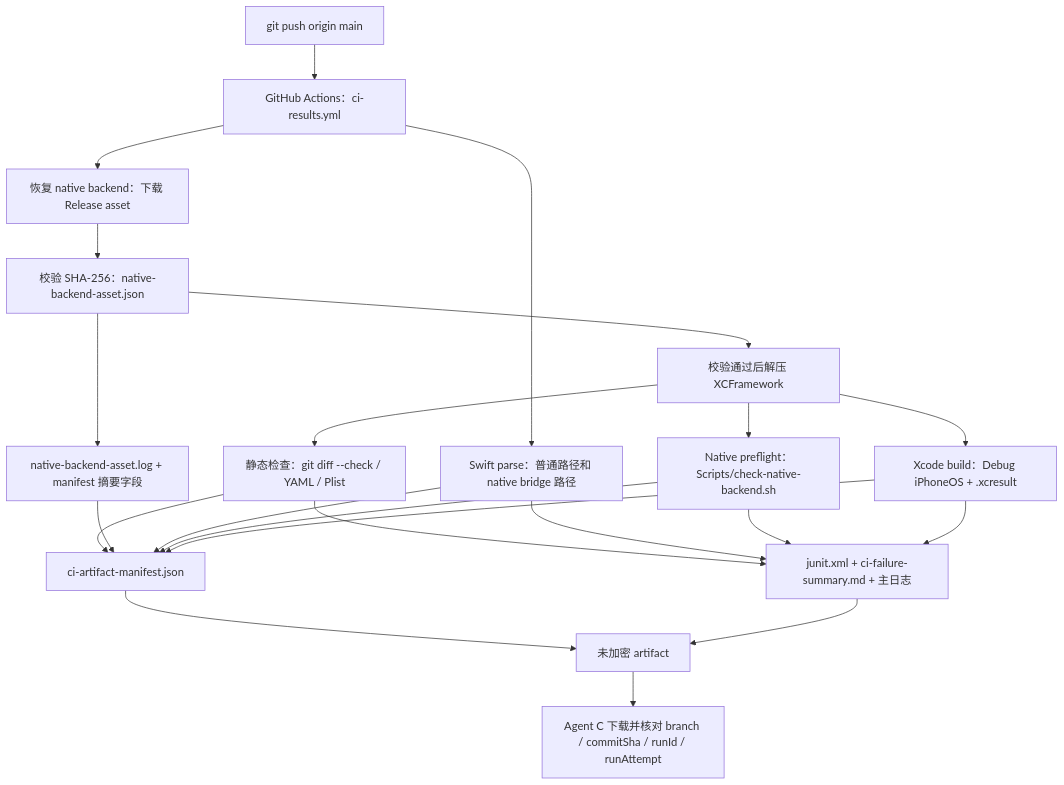
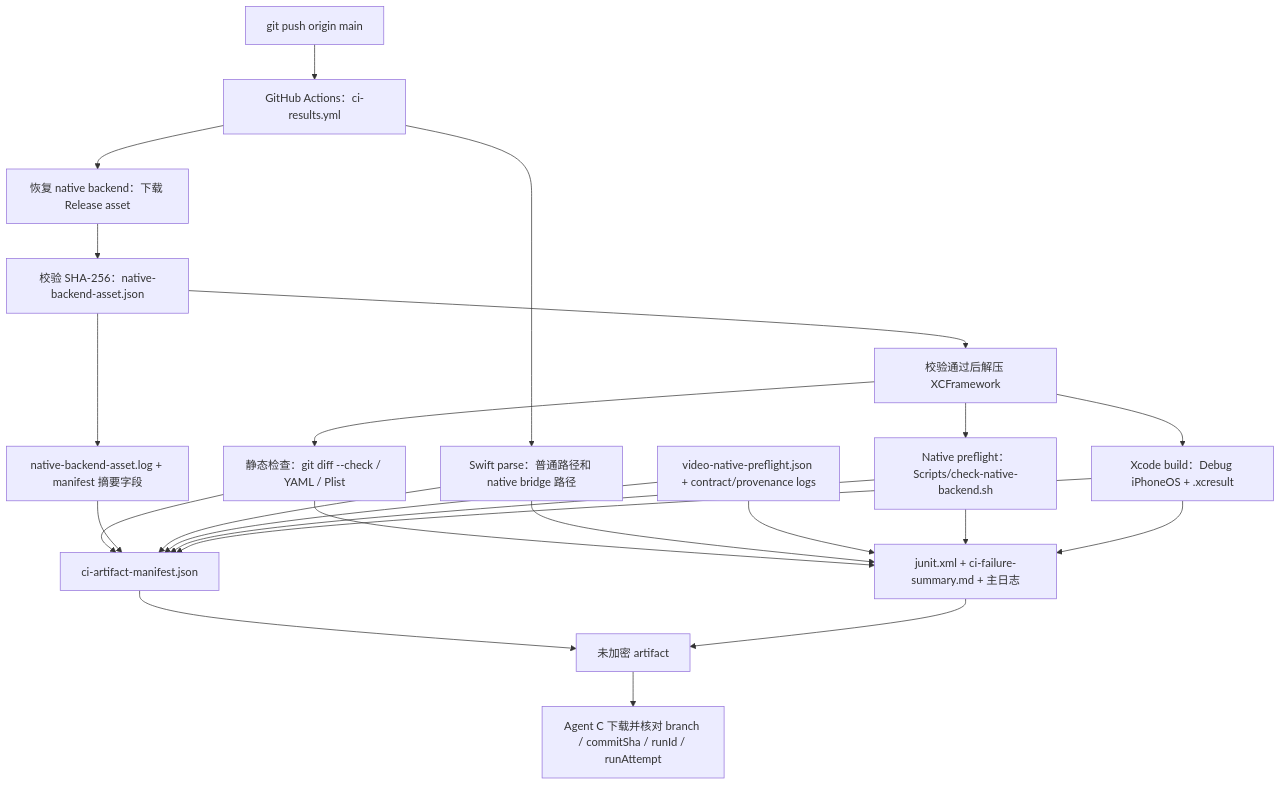
Before and after one commit to Altman-sam114/118: the ninth of 10 diagrams in md/flow/flowchart.md, drawn with Mermaid. The commit also changed other lines of this file and 13 other files, not shown here.

First line of the commit message:
v1.164: 建立视频 native engine 依赖门禁与 contract

````diff
--- a/md/flow/flowchart.md
+++ b/md/flow/flowchart.md
@@ -199,24 +219,26 @@
 ```mermaid
 flowchart TD
   A["git push origin main"] --> B["GitHub Actions：ci-results.yml"]
   B --> R["恢复 native backend：下载 Release asset"]
   R --> SHA["校验 SHA-256：native-backend-asset.json"]
   SHA --> UNZIP["校验通过后解压 XCFramework"]
   SHA --> ASSETLOG["native-backend-asset.log + manifest 摘要字段"]
   UNZIP --> C["静态检查：git diff --check / YAML / Plist"]
   B --> D["Swift parse：普通路径和 native bridge 路径"]
   UNZIP --> E["Native preflight：Scripts/check-native-backend.sh"]
   UNZIP --> F["Xcode build：Debug iPhoneOS + .xcresult"]
   C --> G["ci-artifact-manifest.json"]
   ASSETLOG --> G
   D --> G
+  VREPORT["video-native-preflight.json + contract/provenance logs"] --> G
   E --> G
   F --> G
   C --> H["junit.xml + ci-failure-summary.md + 主日志"]
   D --> H
+  VREPORT --> H
   E --> H
   F --> H
   G --> I["未加密 artifact"]
   H --> I
   I --> J["Agent C 下载并核对 branch / commitSha / runId / runAttempt"]
 ```
````
